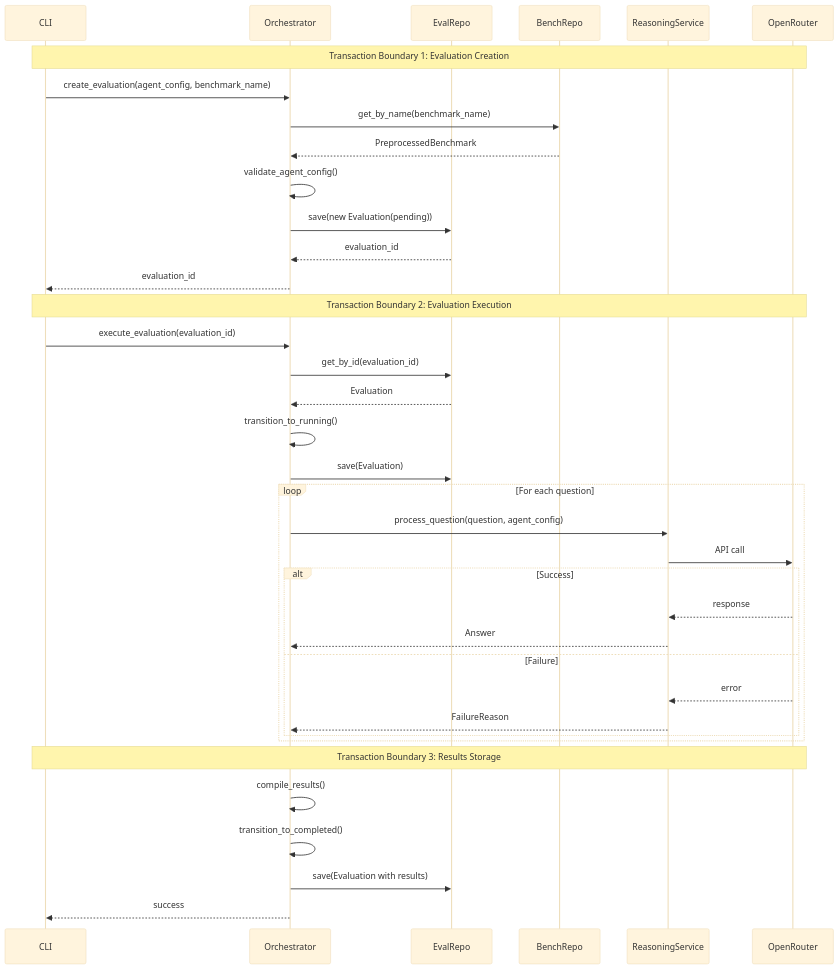
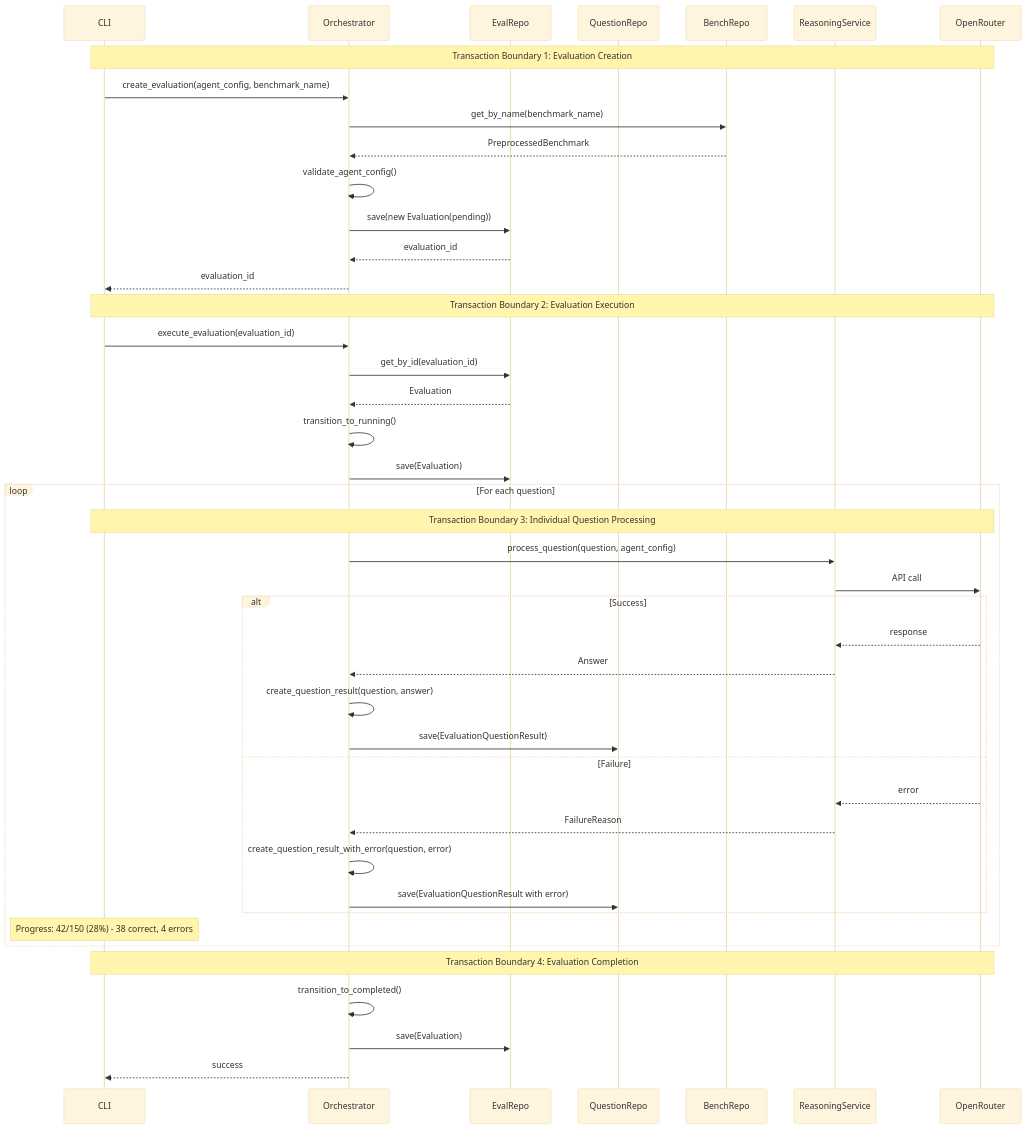
Before and after one commit to thompsonson/c4ai-ml-agents-v2: the third of 7 diagrams in documentation/v2-application-services-architecture.md, drawn with Mermaid (base theme). The commit also changed other lines of this file and 3 other files, not shown here.

Commit message:
docs: update documentation for individual question answer persistence

````diff
--- a/documentation/v2-application-services-architecture.md
+++ b/documentation/v2-application-services-architecture.md
@@ -259,43 +310,50 @@
 ```mermaid
 sequenceDiagram
     participant CLI
     participant Orchestrator
     participant EvalRepo
+    participant QuestionRepo
     participant BenchRepo
     participant ReasoningService
     participant OpenRouter
 
     Note over CLI, OpenRouter: Transaction Boundary 1: Evaluation Creation
     CLI->>Orchestrator: create_evaluation(agent_config, benchmark_name)
     Orchestrator->>BenchRepo: get_by_name(benchmark_name)
     BenchRepo-->>Orchestrator: PreprocessedBenchmark
     Orchestrator->>Orchestrator: validate_agent_config()
     Orchestrator->>EvalRepo: save(new Evaluation(pending))
     EvalRepo-->>Orchestrator: evaluation_id
     Orchestrator-->>CLI: evaluation_id
 
     Note over CLI, OpenRouter: Transaction Boundary 2: Evaluation Execution
     CLI->>Orchestrator: execute_evaluation(evaluation_id)
     Orchestrator->>EvalRepo: get_by_id(evaluation_id)
     EvalRepo-->>Orchestrator: Evaluation
     Orchestrator->>Orchestrator: transition_to_running()
     Orchestrator->>EvalRepo: save(Evaluation)
 
     loop For each question
+        Note over CLI, OpenRouter: Transaction Boundary 3: Individual Question Processing
         Orchestrator->>ReasoningService: process_question(question, agent_config)
         ReasoningService->>OpenRouter: API call
         alt Success
             OpenRouter-->>ReasoningService: response
             ReasoningService-->>Orchestrator: Answer
+            Orchestrator->>Orchestrator: create_question_result(question, answer)
+            Orchestrator->>QuestionRepo: save(EvaluationQuestionResult)
         else Failure
             OpenRouter-->>ReasoningService: error
             ReasoningService-->>Orchestrator: FailureReason
+            Orchestrator->>Orchestrator: create_question_result_with_error(question, error)
+            Orchestrator->>QuestionRepo: save(EvaluationQuestionResult with error)
         end
+
+        Note over CLI: Progress: 42/150 (28%) - 38 correct, 4 errors
     end
 
-    Note over CLI, OpenRouter: Transaction Boundary 3: Results Storage
-    Orchestrator->>Orchestrator: compile_results()
+    Note over CLI, OpenRouter: Transaction Boundary 4: Evaluation Completion
     Orchestrator->>Orchestrator: transition_to_completed()
-    Orchestrator->>EvalRepo: save(Evaluation with results)
+    Orchestrator->>EvalRepo: save(Evaluation)
     Orchestrator-->>CLI: success
 ```
````
